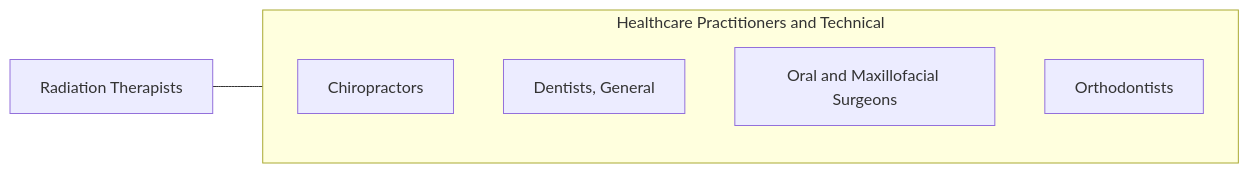
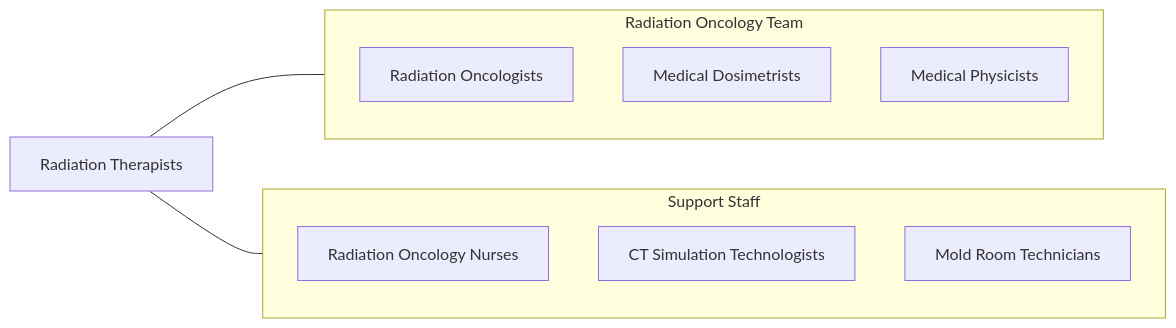
Before and after one commit to kziemski/business.org.ai: the fourth of 4 diagrams in occupations/HealthcarePractitioners/RadiationTherapists.mdx, drawn with Mermaid. The commit also changed other lines of this file and 938 other files, not shown here.

````diff
--- a/occupations/HealthcarePractitioners/RadiationTherapists.mdx
+++ b/occupations/HealthcarePractitioners/RadiationTherapists.mdx
@@ -108,13 +182,19 @@
 ```mermaid
 graph LR
     Current["Radiation Therapists"]
 
-    subgraph SameCategory["Healthcare Practitioners and Technical"]
-        Chiropractors["Chiropractors"]
-        DentistsGeneral["Dentists, General"]
-        OralAndMaxillofacial["Oral and Maxillofacial Surgeons"]
-        Orthodontists["Orthodontists"]
+    subgraph RadOncTeam["Radiation Oncology Team"]
+        RadOnc["Radiation Oncologists"]
+        Dosimetrists["Medical Dosimetrists"]
+        Physicists["Medical Physicists"]
     end
 
-    Current --- SameCategory
+    subgraph Support["Support Staff"]
+        RadOncNurses["Radiation Oncology Nurses"]
+        CTSimTechs["CT Simulation Technologists"]
+        MoldTechs["Mold Room Technicians"]
+    end
+
+    Current --- RadOncTeam
+    Current --- Support
 ```
````
